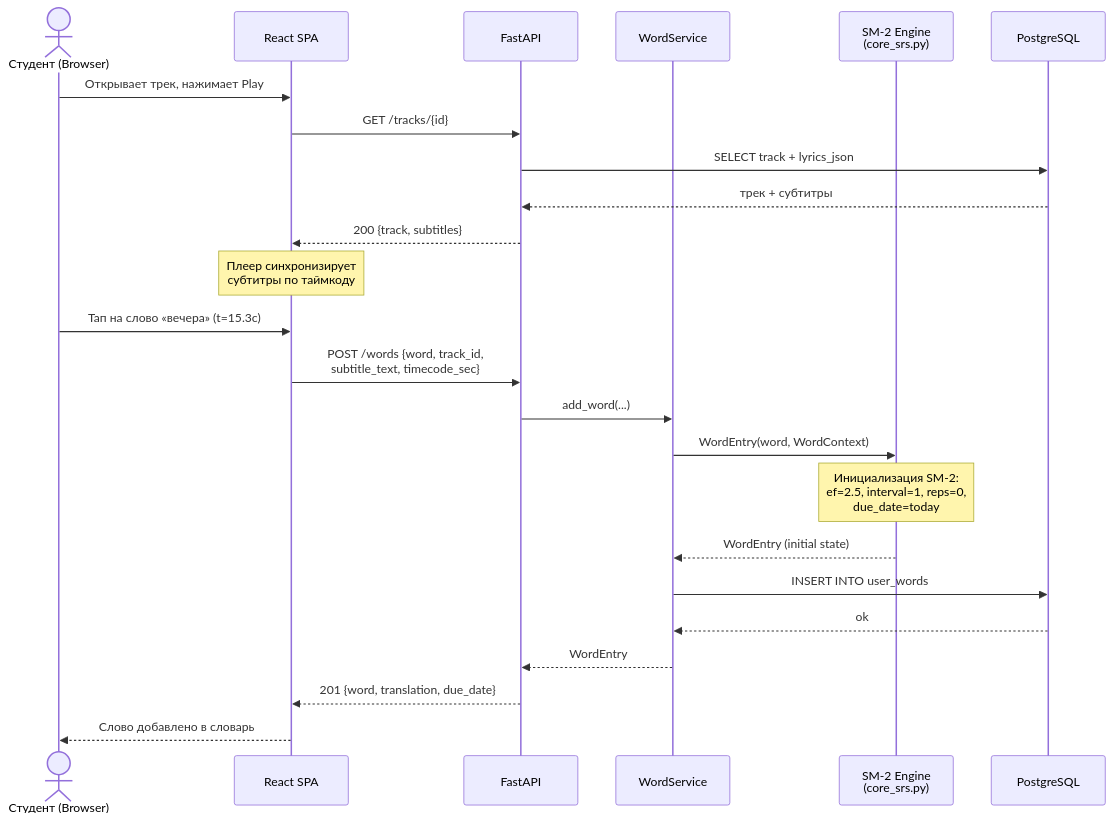
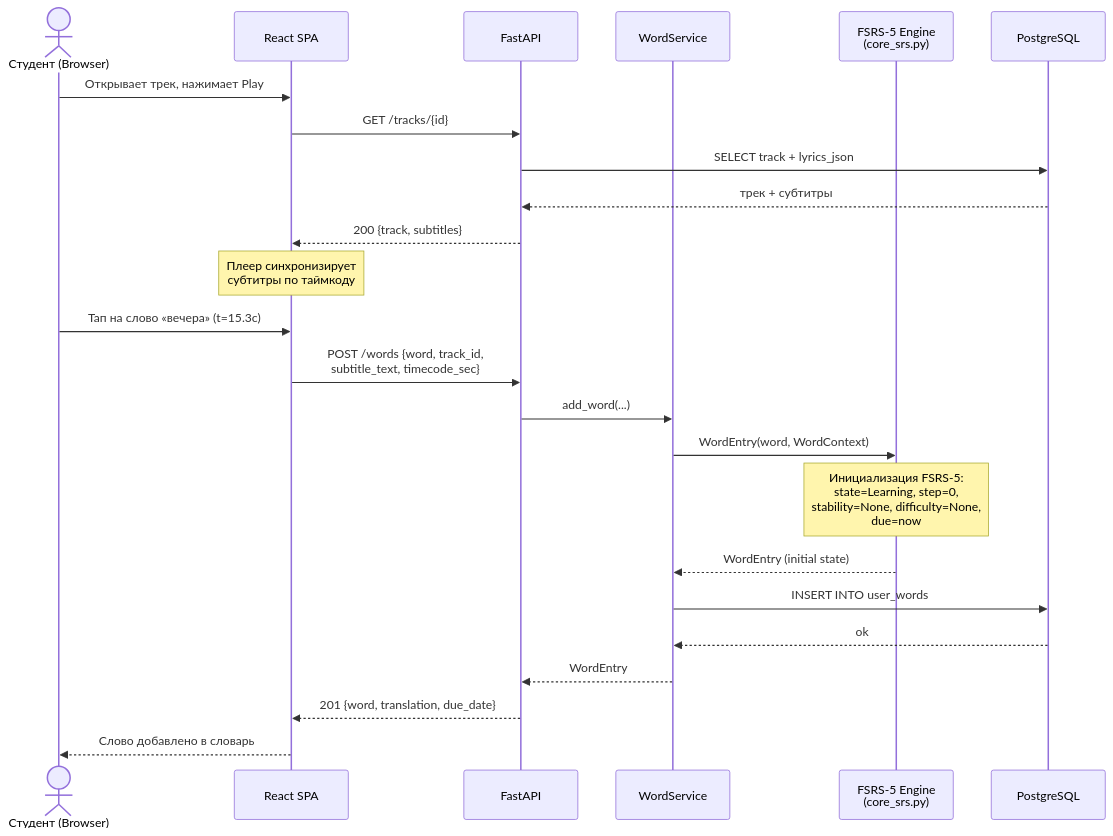
One commit to Have-A-Cigar/linguabeat changed the third of 7 diagrams in docs/ARCHITECTURE.md. Above: the diagram before and after it, drawn with Mermaid. The commit also changed other lines of this file and 2 other files, not shown here.

First line of the commit message:
docs: fix SM-2 references to FSRS-5, clean up descriptions

````diff
--- a/docs/ARCHITECTURE.md
+++ b/docs/ARCHITECTURE.md
@@ -222,28 +222,28 @@
 ```mermaid
 sequenceDiagram
     actor U as Студент (Browser)
     participant FE as React SPA
     participant API as FastAPI
     participant SVC as WordService
-    participant SRS as SM-2 Engine<br/>(core_srs.py)
+    participant SRS as FSRS-5 Engine<br/>(core_srs.py)
     participant DB as PostgreSQL
 
     U->>FE: Открывает трек, нажимает Play
     FE->>API: GET /tracks/{id}
     API->>DB: SELECT track + lyrics_json
     DB-->>API: трек + субтитры
     API-->>FE: 200 {track, subtitles}
     Note over FE: Плеер синхронизирует<br/>субтитры по таймкоду
 
     U->>FE: Тап на слово «вечера» (t=15.3с)
     FE->>API: POST /words {word, track_id,<br/>subtitle_text, timecode_sec}
     API->>SVC: add_word(...)
     SVC->>SRS: WordEntry(word, WordContext)
-    Note over SRS: Инициализация SM-2:<br/>ef=2.5, interval=1, reps=0,<br/>due_date=today
+    Note over SRS: Инициализация FSRS-5:<br/>state=Learning, step=0,<br/>stability=None, difficulty=None,<br/>due=now
     SRS-->>SVC: WordEntry (initial state)
     SVC->>DB: INSERT INTO user_words
     DB-->>SVC: ok
     SVC-->>API: WordEntry
     API-->>FE: 201 {word, translation, due_date}
     FE-->>U: Слово добавлено в словарь
 ```
````
